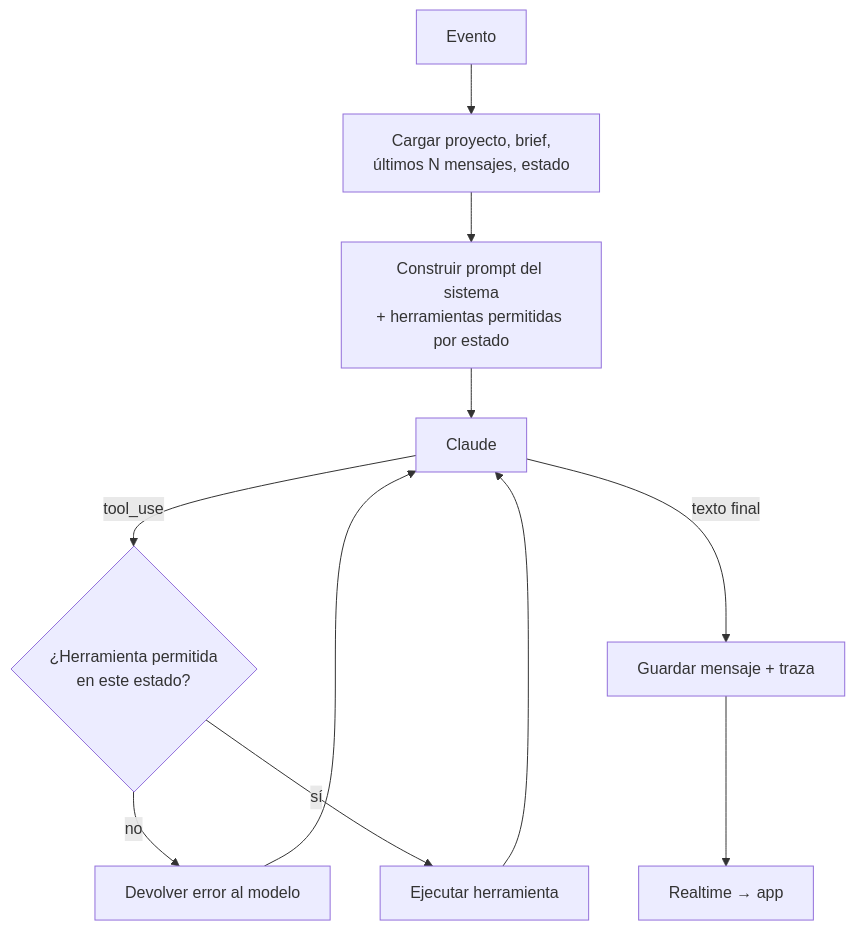
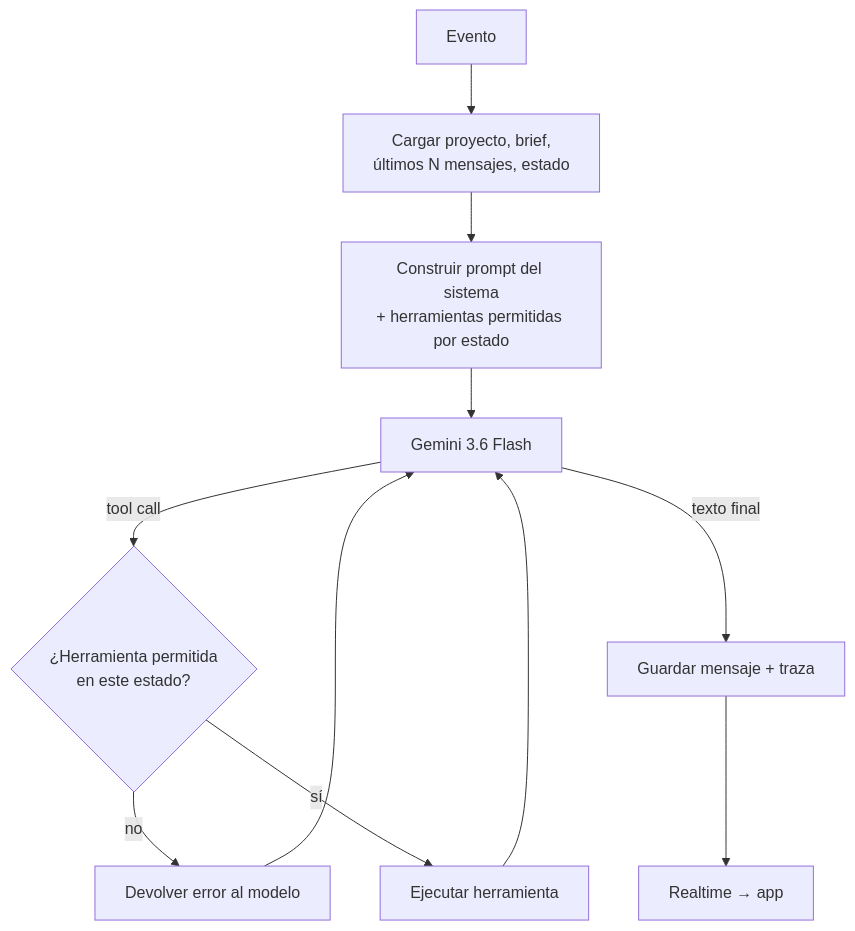
Before and after one commit to XiunyHuerta/bilingualcheck: the diagram in docs/03-agente-ia.md, drawn with Mermaid. The commit also changed other lines of this file and 120 other files, not shown here.

````diff
--- a/docs/03-agente-ia.md
+++ b/docs/03-agente-ia.md
@@ -24,13 +24,13 @@
 ```mermaid
 flowchart TD
     E[Evento] --> L[Cargar proyecto, brief,<br/>últimos N mensajes, estado]
     L --> P[Construir prompt del sistema<br/>+ herramientas permitidas por estado]
-    P --> C[Claude]
-    C -->|tool_use| V{¿Herramienta permitida<br/>en este estado?}
+    P --> C[Gemini 3.6 Flash]
+    C -->|tool call| V{¿Herramienta permitida<br/>en este estado?}
     V -->|no| X[Devolver error al modelo]
     X --> C
     V -->|sí| H[Ejecutar herramienta]
     H --> C
     C -->|texto final| S[Guardar mensaje + traza]
     S --> R[Realtime → app]
 ```
````
